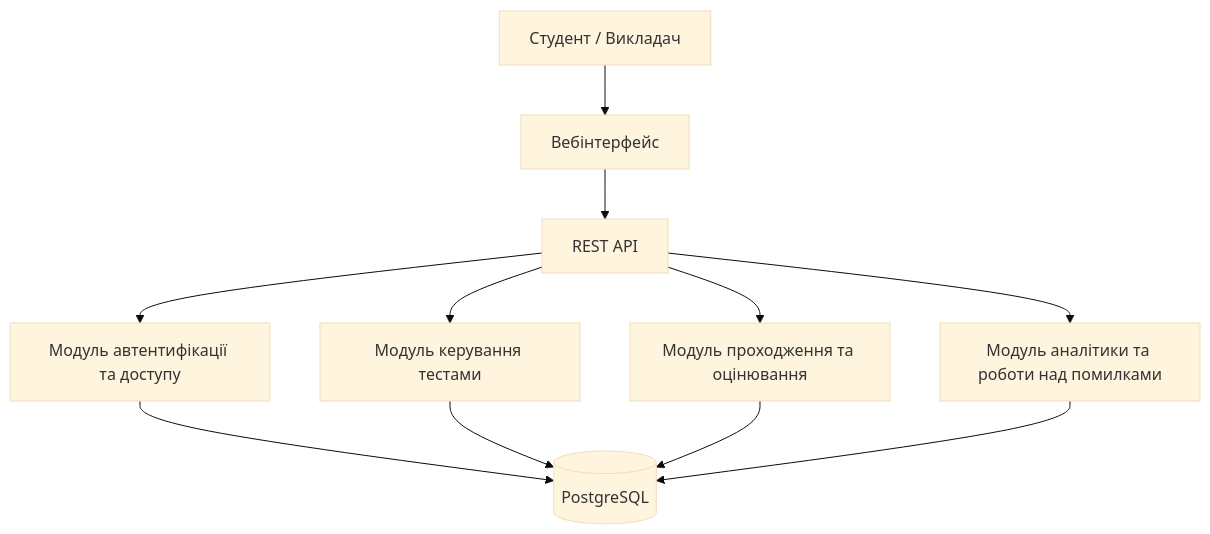
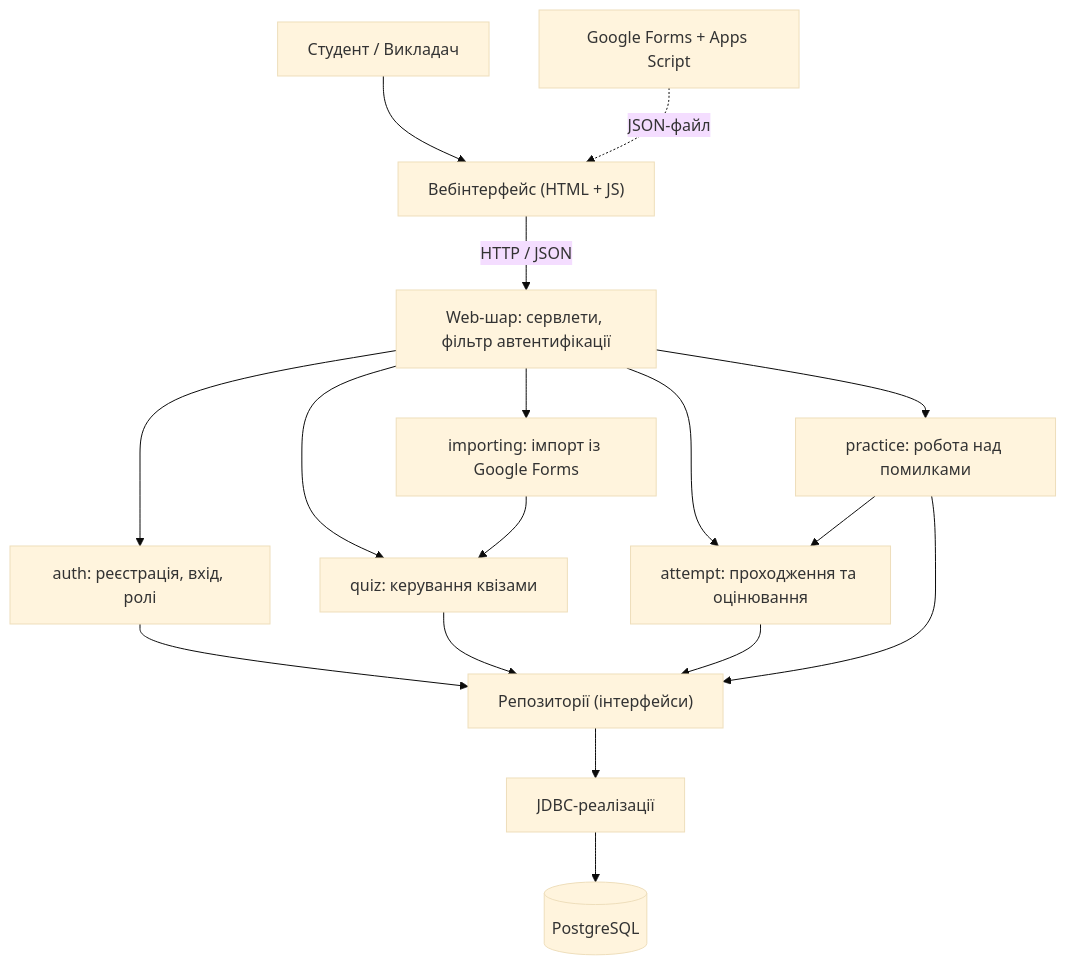
One commit to MariiaPysarenko/QuizApp changed the first of 5 diagrams in SDD.md. Above: the diagram before and after it, drawn with Mermaid (base theme). The commit also changed other lines of this file and 1 other file, not shown here.

````diff
--- a/SDD.md
+++ b/SDD.md
@@ -73,13 +61,19 @@
 ```mermaid
 flowchart TD
-    User["Студент / Викладач"] --> Client["Вебінтерфейс"]
-    Client --> API["REST API"]
-    API --> Auth["Модуль автентифікації та доступу"]
-    API --> Quiz["Модуль керування тестами"]
-    API --> Attempt["Модуль проходження та оцінювання"]
-    API --> Analytics["Модуль аналітики та роботи над помилками"]
-    Auth --> DB[("PostgreSQL")]
-    Quiz --> DB
-    Attempt --> DB
-    Analytics --> DB
+    User["Студент / Викладач"] --> Client["Вебінтерфейс (HTML + JS)"]
+    GF["Google Forms + Apps Script"] -.->|JSON-файл| Client
+    Client -->|HTTP / JSON| Web["Web-шар: сервлети, фільтр автентифікації"]
+    Web --> Auth["auth: реєстрація, вхід, ролі"]
+    Web --> QuizM["quiz: керування квізами"]
+    Web --> Import["importing: імпорт із Google Forms"]
+    Web --> AttemptM["attempt: проходження та оцінювання"]
+    Web --> Practice["practice: робота над помилками"]
+    Import --> QuizM
+    Practice --> AttemptM
+    Auth --> Repo["Репозиторії (інтерфейси)"]
+    QuizM --> Repo
+    AttemptM --> Repo
+    Practice --> Repo
+    Repo --> JDBC["JDBC-реалізації"]
+    JDBC --> DB[("PostgreSQL")]
 ```
````
